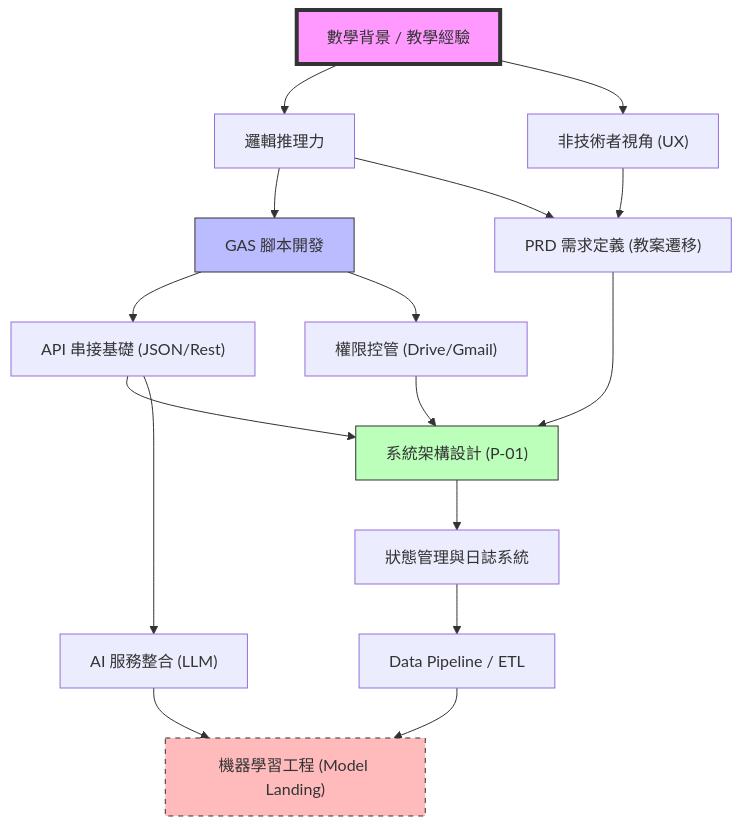
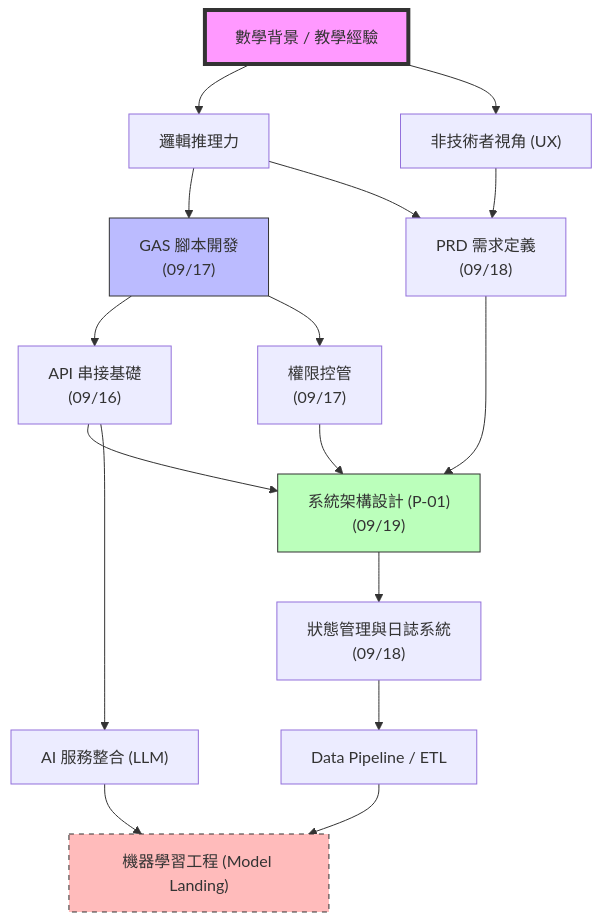
One commit to gurry0927/engineering-thinking-log changed the diagram in career-milestones/PERSONAL-GROWTH-MAP.md. Above: the diagram before and after it, drawn with Mermaid. The commit also changed other lines of this file, not shown here.

````diff
--- a/career-milestones/PERSONAL-GROWTH-MAP.md
+++ b/career-milestones/PERSONAL-GROWTH-MAP.md
@@ -7,31 +7,31 @@
 ```mermaid
 graph TD
     %% 核心出發點
     Start["數學背景 / 教學經驗"] --> Logic["邏輯推理力"]
     Start --> UX["非技術者視角 (UX)"]
 
-    %% 第一階段：自動化基石 (現在)
-    Logic --> GAS["GAS 腳本開發"]
-    Logic --> PRD["PRD 需求定義 (教案遷移)"]
+    %% 第一階段：自動化基石 (2025-09)
+    Logic --> GAS["GAS 腳本開發<br/>(09/17)"]
+    Logic --> PRD["PRD 需求定義<br/>(09/18)"]
     UX --> PRD
-    GAS --> API["API 串接基礎 (JSON/Rest)"]
-    GAS --> Auth["權限控管 (Drive/Gmail)"]
+    GAS --> API["API 串接基礎<br/>(09/16)"]
+    GAS --> Auth["權限控管<br/>(09/17)"]
     
     %% 第二階段：系統架構
-    API --> Arch["系統架構設計 (P-01)"]
+    API --> Arch["系統架構設計 (P-01)<br/>(09/19)"]
     Auth --> Arch
     PRD --> Arch
-    Arch --> State["狀態管理與日誌系統"]
+    Arch --> State["狀態管理與日誌系統<br/>(09/18)"]
 
     %% 第三階段：資料科學與 ML (目標)
     State --> Pipeline["Data Pipeline / ETL"]
     API --> ML_Service["AI 服務整合 (LLM)"]
     Pipeline --> ML["機器學習工程 (Model Landing)"]
     ML_Service --> ML
 
     %% 樣式設定
     style Start fill:#f9f,stroke:#333,stroke-width:4px
     style GAS fill:#bbf,stroke:#333
     style Arch fill:#bfb,stroke:#333
     style ML fill:#fbb,stroke:#333,stroke-dasharray: 5 5
 ```
````
